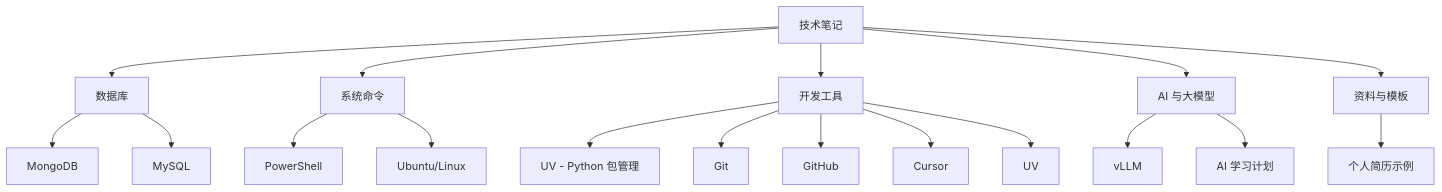
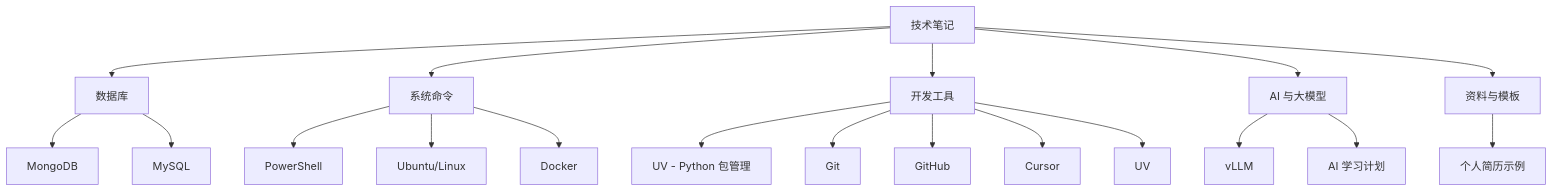
The diagram in README.md (ycdev-liu/notes), drawn with Mermaid before and after one commit. The commit also changed other lines of this file and 7 other files, not shown here.

````diff
--- a/README.md
+++ b/README.md
@@ -86,25 +93,26 @@
 ```mermaid
 graph TB
     A[技术笔记] --> B[数据库]
     A --> C[系统命令]
     A --> D[开发工具]
     A --> E[AI 与大模型]
     A --> F[资料与模板]
     
     B --> B1[MongoDB]
     B --> B2[MySQL]
     
     C --> C1[PowerShell]
     C --> C2[Ubuntu/Linux]
+    C --> C3[Docker]
     
     D --> D1[UV - Python 包管理]
     D --> D2[Git]
     D --> D3[GitHub]
     D --> D4[Cursor]
     D --> D5[UV]
     
     E --> E1[vLLM]
     E --> E2[AI 学习计划]
     
     F --> F1[个人简历示例]
 ```
````
